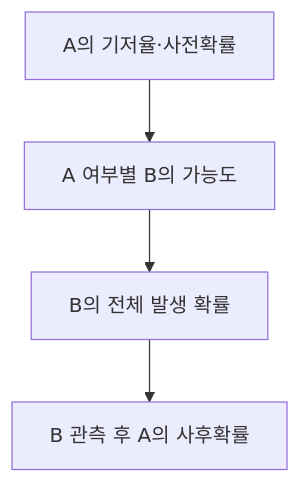
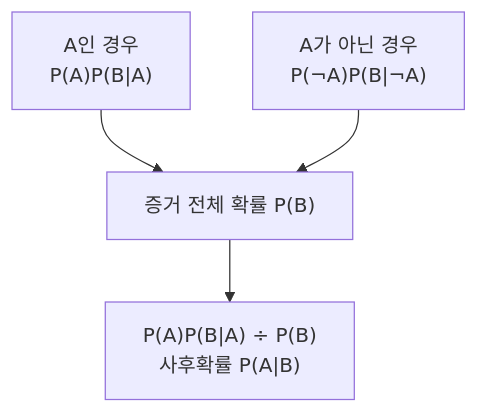
The second of 2 diagrams in src/content/docs/notes/itpe/03-data/018_bayes_theorem.md (agnusdei1207/study), drawn with Mermaid before and after one commit. The commit also changed 2 other files, not shown here.

Commit message:
docs: clarify Bayesian evidence and BST ordering

````diff
--- a/src/content/docs/notes/itpe/03-data/018_bayes_theorem.md
+++ b/src/content/docs/notes/itpe/03-data/018_bayes_theorem.md
@@ -108,6 +108,6 @@
 ```mermaid
 flowchart TB
-    A["A의 기저율·사전확률"] --> B["A 여부별 B의 가능도"]
-    B --> C["B의 전체 발생 확률"]
-    C --> D["B 관측 후 A의 사후확률"]
+    A["A인 경우<br/>P(A)P(B|A)"] --> C["증거 전체 확률 P(B)"]
+    B["A가 아닌 경우<br/>P(¬A)P(B|¬A)"] --> C
+    C --> D["P(A)P(B|A) ÷ P(B)<br/>사후확률 P(A|B)"]
 ```
````
